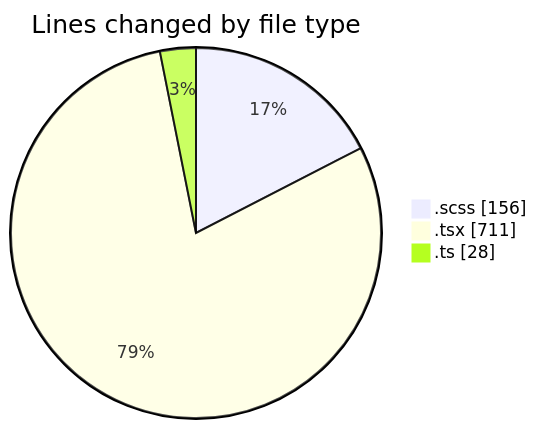
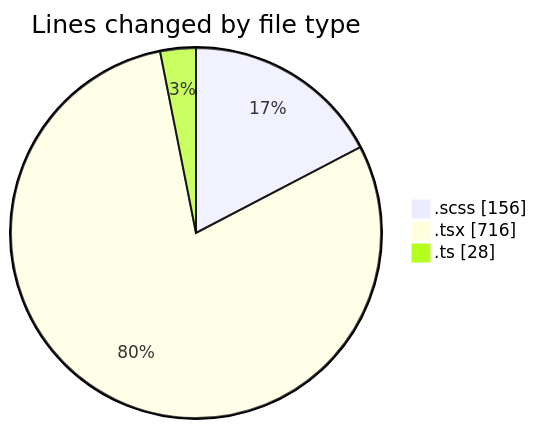
Before and after one commit to momahboobian/code-tracking: the first of 2 diagrams in 2025-02-10/cda/README.md, drawn with Mermaid. The commit also changed other lines of this file and 1 other file, not shown here.

````diff
--- a/2025-02-10/cda/README.md
+++ b/2025-02-10/cda/README.md
@@ -25,7 +25,7 @@
 ```mermaid
 pie showData
 title Lines changed by file type
 ".scss" : 156
-".tsx" : 711
+".tsx" : 716
 ".ts" : 28
 ```
````
